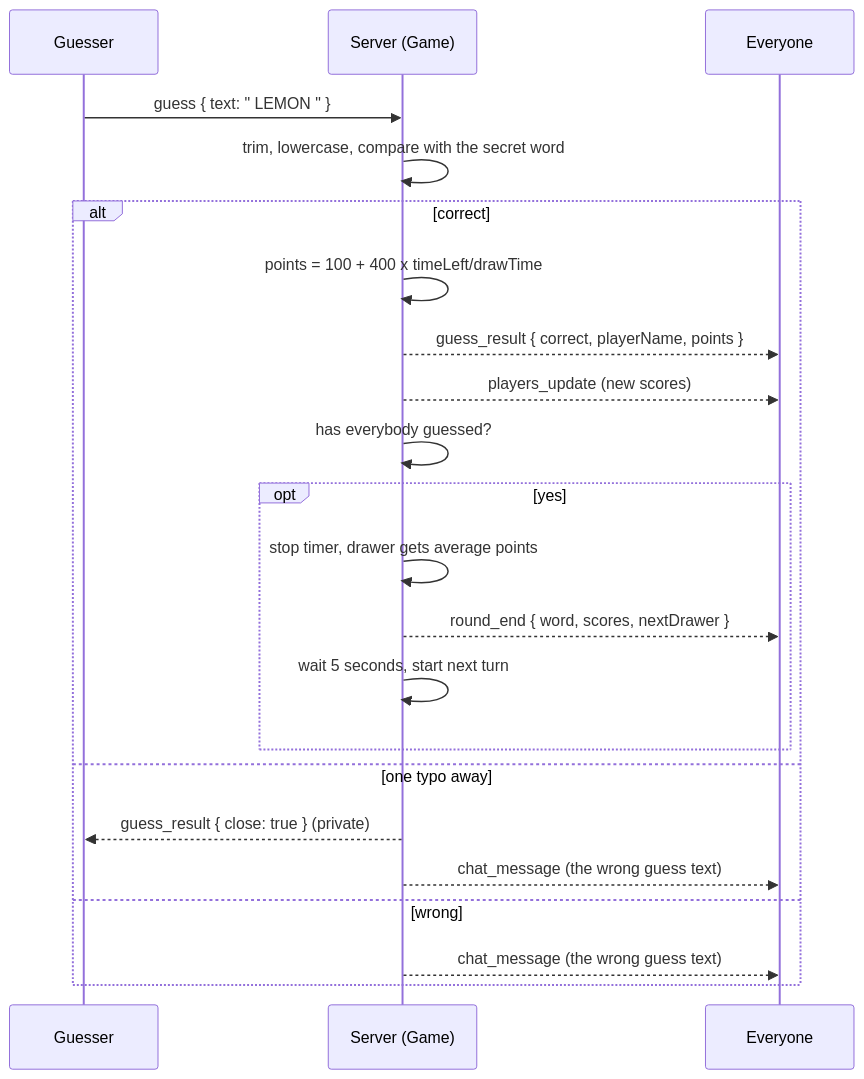
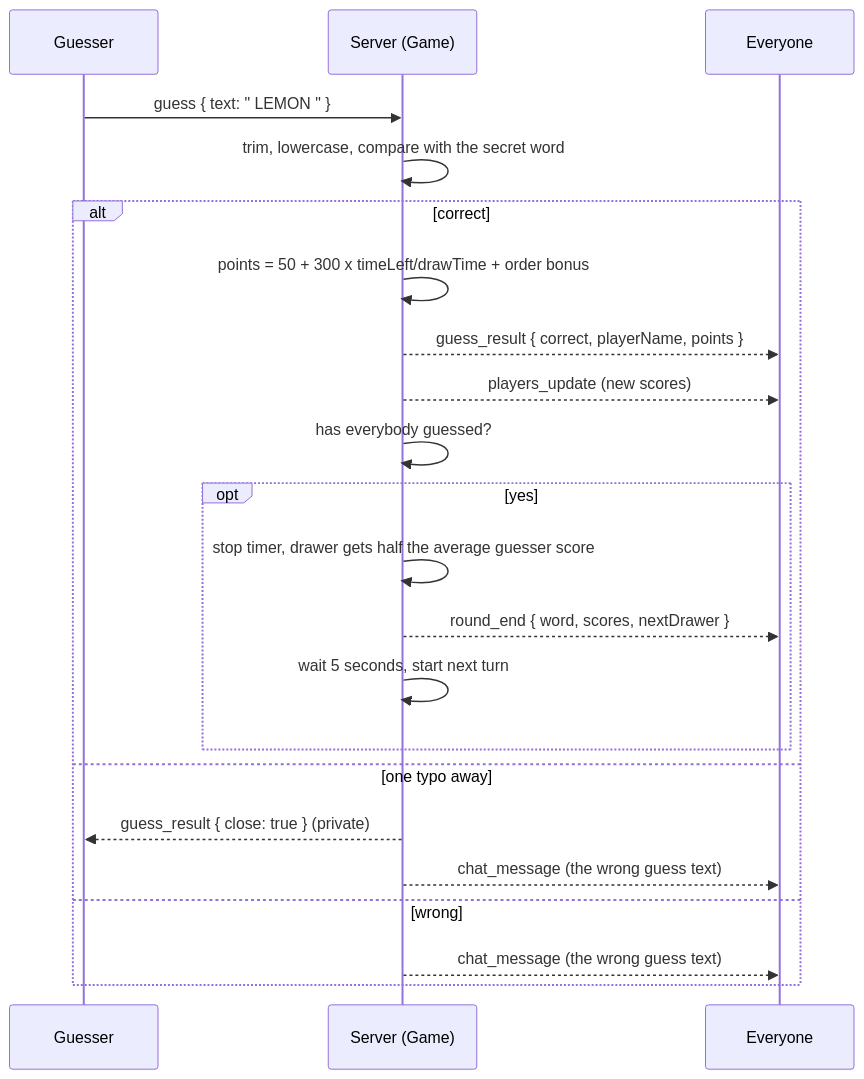
Before and after one commit to ritik-2407/Skribbl: diagram 13 of 17 in README.md, drawn with Mermaid. The commit also changed other lines of this file and 8 other files, not shown here.

````diff
--- a/README.md
+++ b/README.md
@@ -592,25 +635,25 @@
 ```mermaid
 sequenceDiagram
     participant P as Guesser
     participant S as Server (Game)
     participant All as Everyone
 
     P->>S: guess { text: "  LEMON " }
     S->>S: trim, lowercase, compare with the secret word
     alt correct
-        S->>S: points = 100 + 400 x timeLeft/drawTime
+        S->>S: points = 50 + 300 x timeLeft/drawTime + order bonus
         S-->>All: guess_result { correct, playerName, points }
         S-->>All: players_update (new scores)
         S->>S: has everybody guessed?
         opt yes
-            S->>S: stop timer, drawer gets average points
+            S->>S: stop timer, drawer gets half the average guesser score
             S-->>All: round_end { word, scores, nextDrawer }
             S->>S: wait 5 seconds, start next turn
         end
     else one typo away
         S-->>P: guess_result { close: true } (private)
         S-->>All: chat_message (the wrong guess text)
     else wrong
         S-->>All: chat_message (the wrong guess text)
     end
 ```
````
